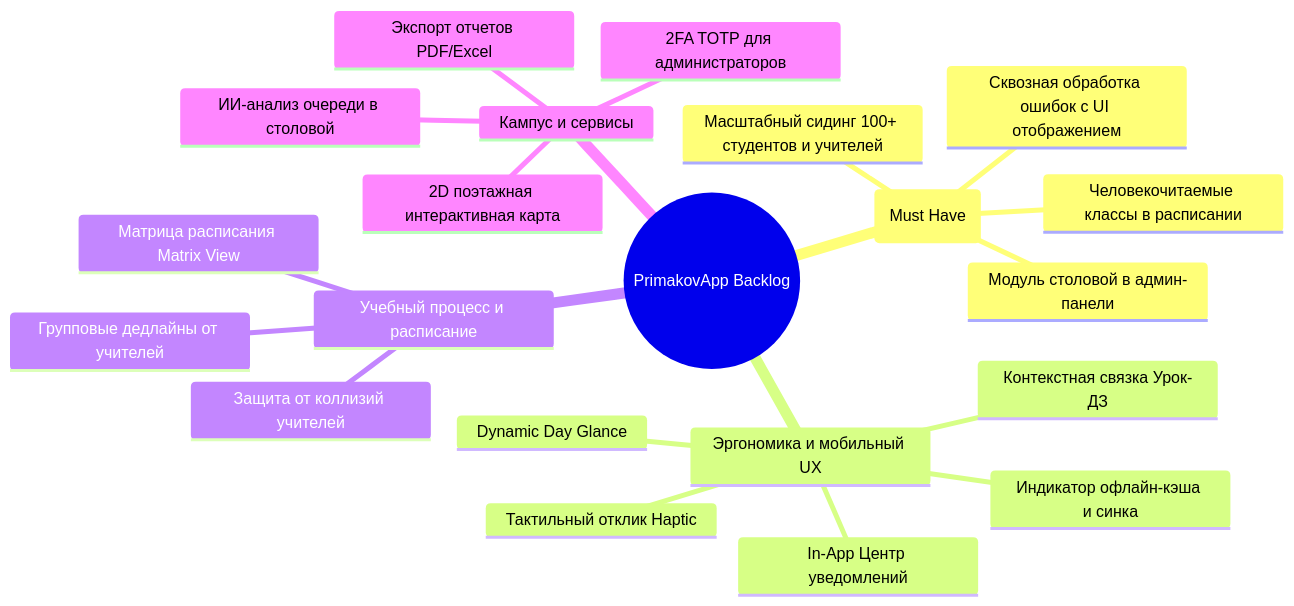
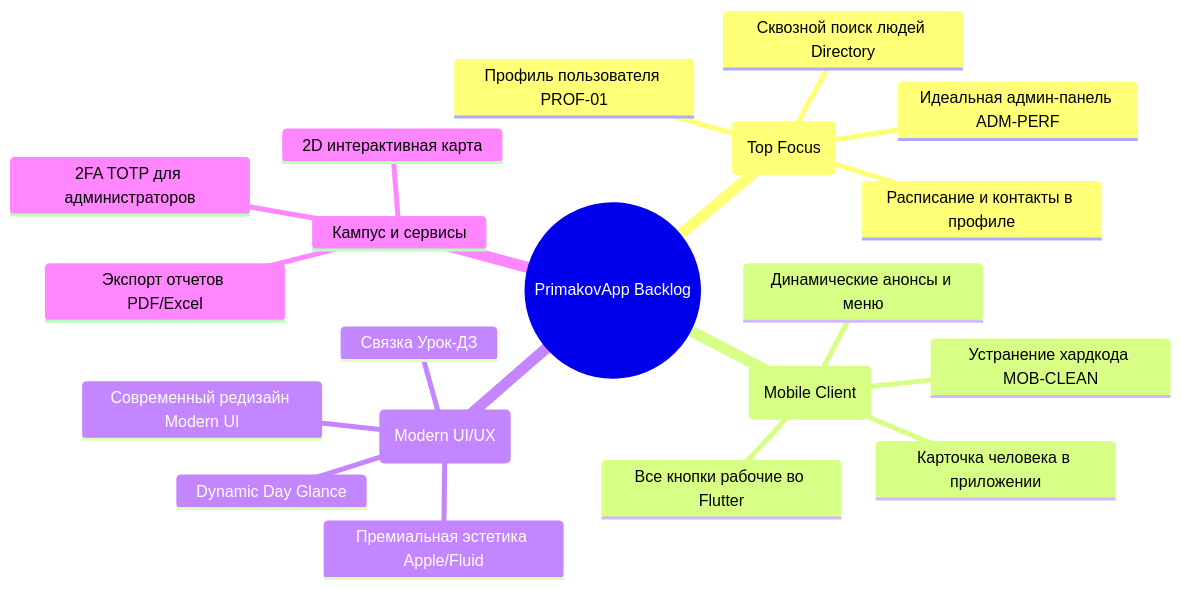
One commit to sashamosk17/PrimakovApp changed the first of 2 diagrams in docs/features.md. Above: the diagram before and after it, drawn with Mermaid. The commit also changed other lines of this file and 63 other files, not shown here.

````diff
--- a/docs/features.md
+++ b/docs/features.md
@@ -69,24 +69,23 @@
 ```mermaid
 mindmap
   root((PrimakovApp Backlog))
-    Наивысший приоритет (Must Have)
-      Сквозная обработка ошибок с UI отображением
-      Масштабный сидинг 100+ студентов и учителей
-      Человекочитаемые классы в расписании
-      Модуль столовой в админ-панели
-    Эргономика и мобильный UX
-      Индикатор офлайн-кэша и синка
-      In-App Центр уведомлений
-      Тактильный отклик Haptic
+    Приоритет 1 (Top Focus)
+      Идеальная админ-панель ADM-PERF
+      Профиль пользователя PROF-01
+      Сквозной поиск людей Directory
+      Расписание и контакты в профиле
+    Приоритет 2 (Mobile Client)
+      Устранение хардкода MOB-CLEAN
+      Все кнопки рабочие во Flutter
+      Карточка человека в приложении
+      Динамические анонсы и меню
+    Приоритет 3 (Modern UI/UX)
+      Современный редизайн Modern UI
       Dynamic Day Glance
-      Контекстная связка Урок-ДЗ
-    Учебный процесс и расписание
-      Групповые дедлайны от учителей
-      Защита от коллизий учителей
-      Матрица расписания Matrix View
+      Связка Урок-ДЗ
+      Премиальная эстетика Apple/Fluid
     Кампус и сервисы
-      2D поэтажная интерактивная карта
+      2D интерактивная карта
       Экспорт отчетов PDF/Excel
       2FA TOTP для администраторов
-      ИИ-анализ очереди в столовой
 ```
````
